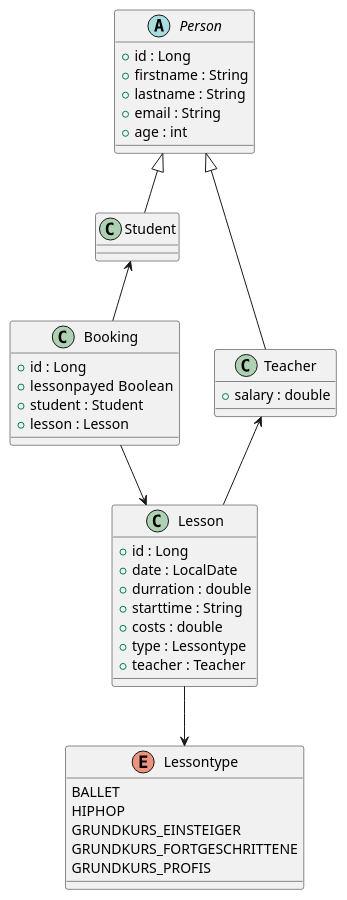
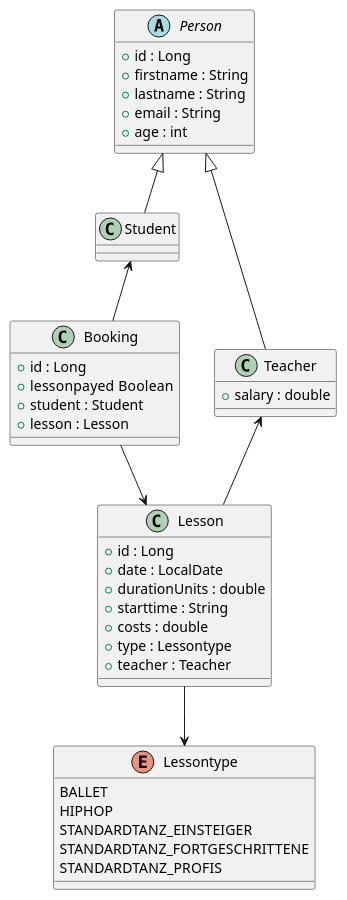
One commit to 2122-5ahitm-sew/01-microproject-ChrissyRaffeiner changed the diagram in asciidocs/plantuml/cld.puml. Above: the diagram before and after it, drawn with PlantUML. The commit also changed 3 other files, not shown here.

```diff
--- a/asciidocs/plantuml/cld.puml
+++ b/asciidocs/plantuml/cld.puml
@@ -1,51 +1,51 @@
 @startuml
 'https://plantuml.com/class-diagram
 
 abstract class Person{
     +id : Long
     +firstname : String
     +lastname : String
     +email : String
     +age : int
 }
 
 class Student{
 }
 
 class Teacher{
     +salary : double
 }
 
 class Lesson{
     +id : Long
     +date : LocalDate
-    +durration : double
+    +durationUnits : double
     +starttime : String
     +costs : double
     +type : Lessontype
     +teacher : Teacher
 }
 
 class Booking{
     +id : Long
     +lessonpayed  Boolean
     +student : Student
     +lesson : Lesson
 }
 
 enum Lessontype{
     BALLET
     HIPHOP
-    GRUNDKURS_EINSTEIGER
-    GRUNDKURS_FORTGESCHRITTENE
-    GRUNDKURS_PROFIS
+    STANDARDTANZ_EINSTEIGER
+    STANDARDTANZ_FORTGESCHRITTENE
+    STANDARDTANZ_PROFIS
 }
 
 Lesson -down-> Lessontype
 Booking -down-> Lesson
 Lesson -up-> Teacher
 Booking -up-> Student
 Person <|-- Teacher
 Person <|-- Student
 
 @enduml
```
